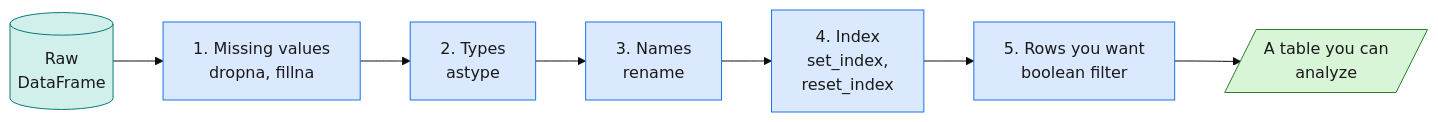
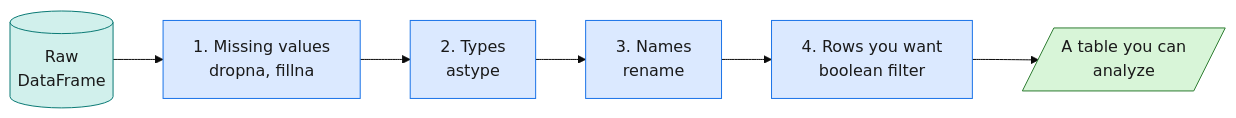
Before and after one commit to ismayc/oreilly-data-analysis-with-python: the third of 10 diagrams in exercises.qmd, drawn with Mermaid. The commit also changed other lines of this file and 14 other files, not shown here.

````diff
--- a/exercises.qmd
+++ b/exercises.qmd
@@ -211,15 +194,14 @@
 ```{mermaid}
-%%| fig-cap: "Cleaning has an order. Settle what is missing, then types, then names, then the index, and cut down to the rows you want last."
+%%| fig-cap: "Cleaning has an order. Settle what is missing, then types, then names, and cut down to the rows you want last."
 %%| fig-align: center
 %%{init: {'theme': 'base', 'themeVariables': {'fontSize': '16px'}, 'flowchart': {'wrappingWidth': 500}}}%%
 flowchart LR
   R[("Raw<br/>DataFrame")]:::data --> A["1. Missing values<br/>dropna, fillna"]:::proc
   A --> B["2. Types<br/>astype"]:::proc
   B --> C["3. Names<br/>rename"]:::proc
-  C --> D["4. Index<br/>set_index,<br/>reset_index"]:::proc
-  D --> E["5. Rows you want<br/>boolean filter"]:::proc
+  C --> E["4. Rows you want<br/>boolean filter"]:::proc
   E --> T[/"A table you can<br/>analyze"/]:::good
   classDef data fill:#d1f0ec,stroke:#0b7a75,color:#1a1a1a
   classDef proc fill:#dbe9ff,stroke:#1a73e8,color:#1a1a1a
   classDef good fill:#d8f5d8,stroke:#2e7d32,color:#1a1a1a
 ```
````
